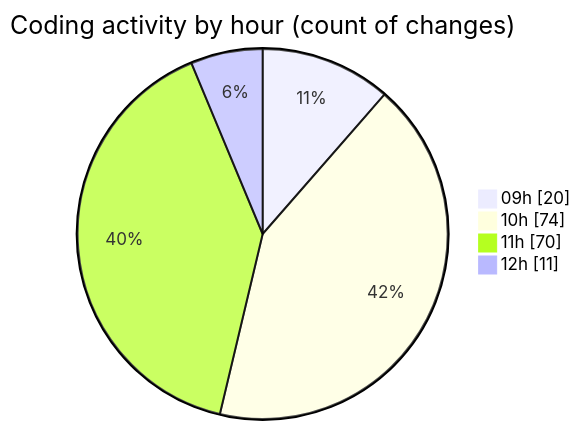
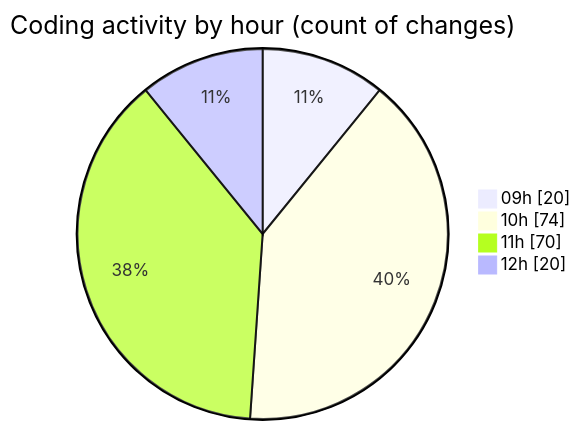
One commit to CELIANVF/code-tracking changed the second of 2 diagrams in 2025-06-06/ecodeli-1/README.md. Above: the diagram before and after it, drawn with Mermaid. The commit also changed other lines of this file and 1 other file, not shown here.

````diff
--- a/2025-06-06/ecodeli-1/README.md
+++ b/2025-06-06/ecodeli-1/README.md
@@ -81,8 +84,8 @@
 ```mermaid
 pie showData
 title Coding activity by hour (count of changes)
 "09h" : 20
 "10h" : 74
 "11h" : 70
-"12h" : 11
+"12h" : 20
 ```
````
